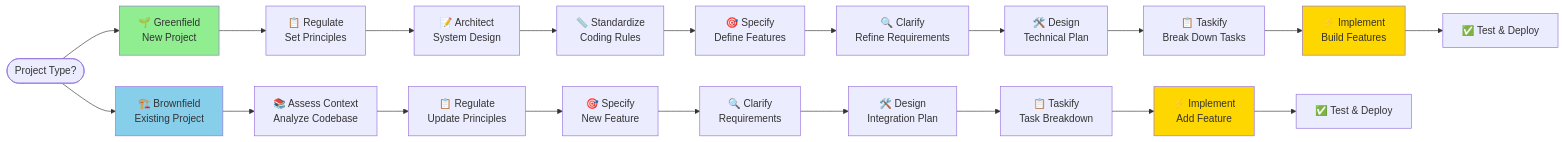
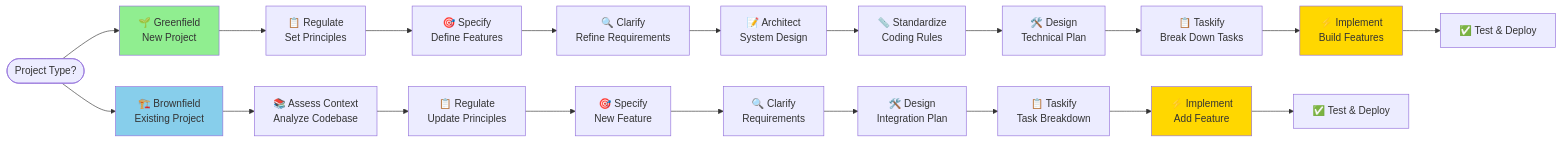
The first of 3 diagrams in README.md (DauQuangThanh/hanoi-rainbow), drawn with Mermaid before and after one commit. The commit also changed other lines of this file and 12 other files, not shown here.

````diff
--- a/README.md
+++ b/README.md
@@ -49,30 +49,30 @@
 ```mermaid
 flowchart LR
     Start([Project Type?])
     Start --> Greenfield[🌱 Greenfield<br/>New Project]
     Start --> Brownfield[🏗️ Brownfield<br/>Existing Project]
     
     Greenfield --> GF1[📋 Regulate<br/>Set Principles]
-    GF1 --> GF2[📝 Architect<br/>System Design]
-    GF2 --> GF3[📏 Standardize<br/>Coding Rules]
-    GF3 --> GF4[🎯 Specify<br/>Define Features]
-    GF4 --> GF5[🔍 Clarify<br/>Refine Requirements]
+    GF1 --> GF2[🎯 Specify<br/>Define Features]
+    GF2 --> GF3[🔍 Clarify<br/>Refine Requirements]
+    GF3 --> GF4[📝 Architect<br/>System Design]
+    GF4 --> GF5[📏 Standardize<br/>Coding Rules]
     GF5 --> GF6[🛠️ Design<br/>Technical Plan]
     GF6 --> GF7[📋 Taskify<br/>Break Down Tasks]
     GF7 --> GF8[⚡ Implement<br/>Build Features]
     GF8 --> GF9[✅ Test & Deploy]
     
     Brownfield --> BF1[📚 Assess Context<br/>Analyze Codebase]
     BF1 --> BF2[📋 Regulate<br/>Update Principles]
     BF2 --> BF3[🎯 Specify<br/>New Feature]
     BF3 --> BF4[🔍 Clarify<br/>Requirements]
     BF4 --> BF5[🛠️ Design<br/>Integration Plan]
     BF5 --> BF6[📋 Taskify<br/>Task Breakdown]
     BF6 --> BF7[⚡ Implement<br/>Add Feature]
     BF7 --> BF8[✅ Test & Deploy]
     
     style Greenfield fill:#90EE90
     style Brownfield fill:#87CEEB
     style GF8 fill:#FFD700
     style BF7 fill:#FFD700
 ```
````
